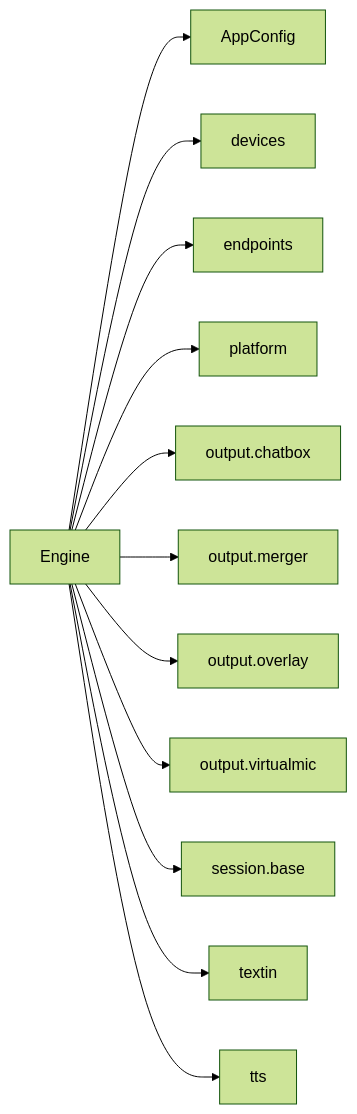
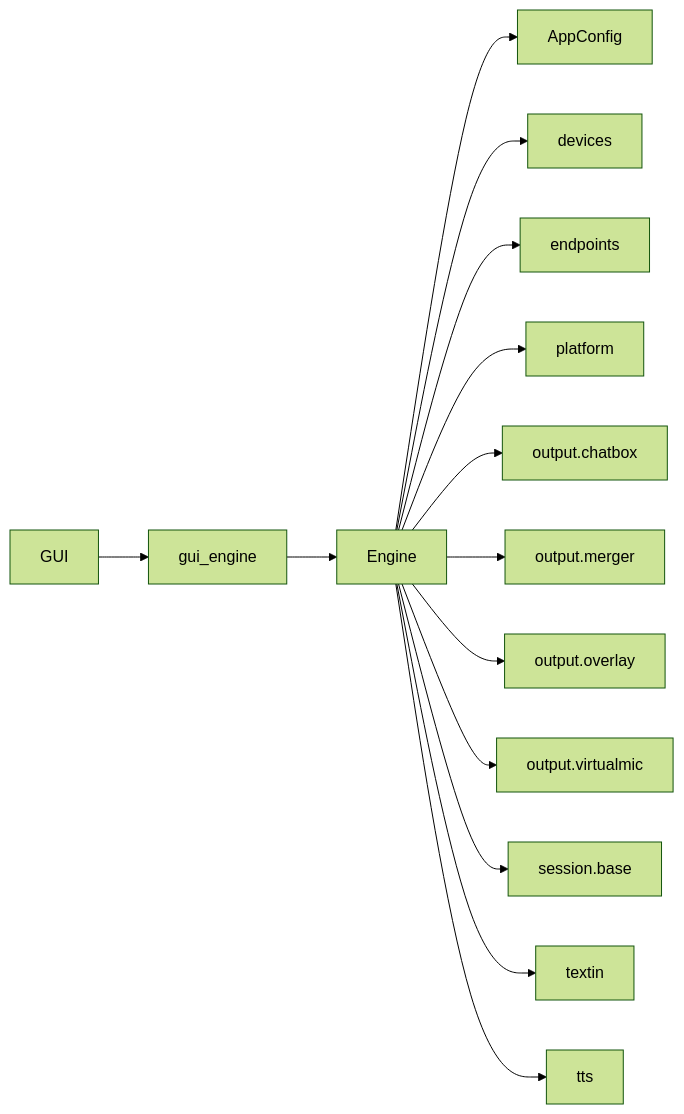
Before and after one commit to EMeowAGENT/vrchat-livetranslate: the ninth of 9 diagrams in .qoder/repowiki/zh/content/核心引擎架构/引擎生命周期管理.md, drawn with Mermaid (forest theme). The commit also changed other lines of this file and 75 other files, not shown here.

````diff
--- a/.qoder/repowiki/zh/content/核心引擎架构/引擎生命周期管理.md
+++ b/.qoder/repowiki/zh/content/核心引擎架构/引擎生命周期管理.md
@@ -448,14 +529,16 @@
 ```mermaid
 graph LR
 Engine["Engine"] --> Config["AppConfig"]
 Engine --> Devices["devices"]
 Engine --> Endpoints["endpoints"]
 Engine --> Platform["platform"]
 Engine --> Chatbox["output.chatbox"]
 Engine --> Merger["output.merger"]
 Engine --> Overlay["output.overlay"]
 Engine --> VirtualMic["output.virtualmic"]
 Engine --> Session["session.base"]
 Engine --> TextIn["textin"]
 Engine --> TTS["tts"]
+GUI["GUI"] --> GUIEngine["gui_engine"]
+GUIEngine --> Engine
 ```
````
